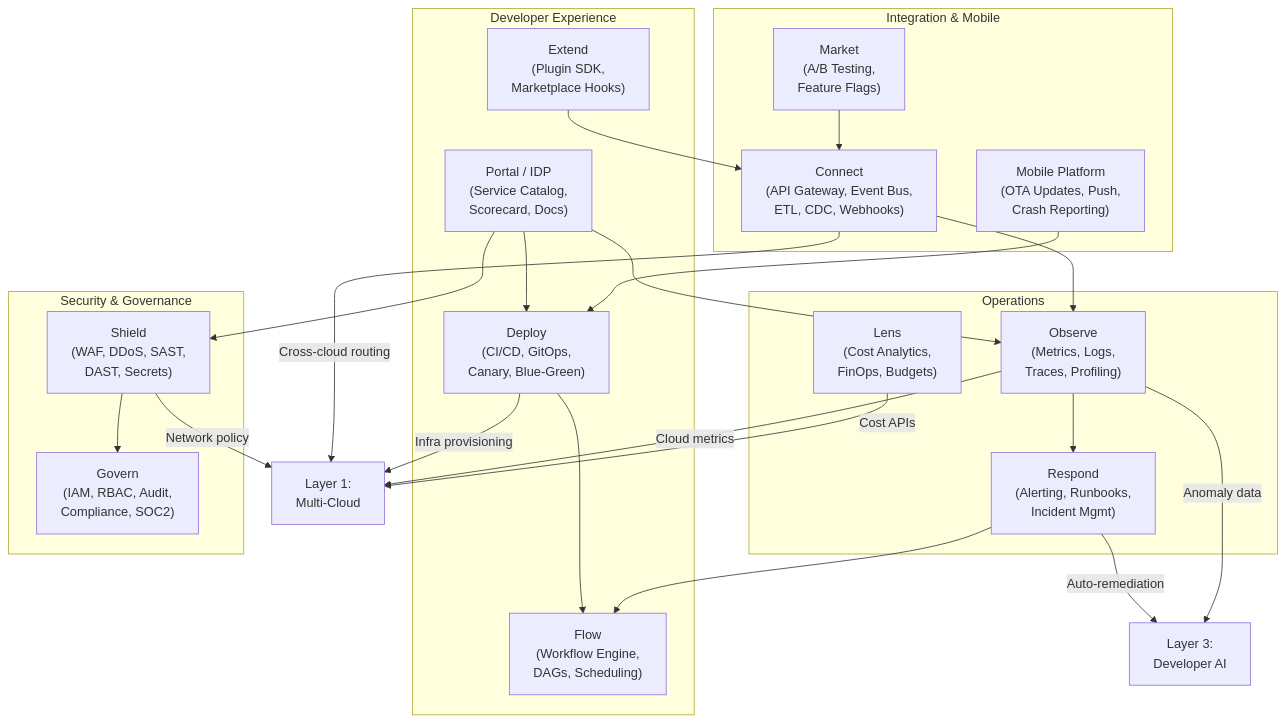
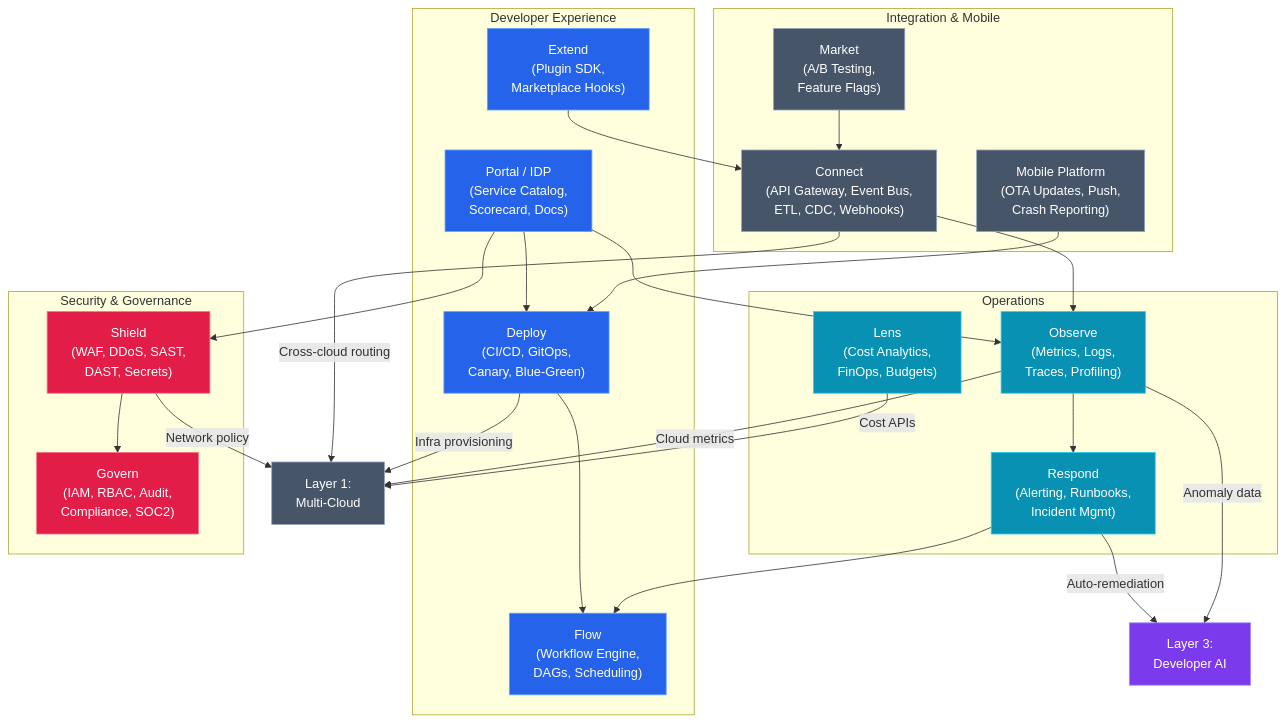
The fifth of 8 diagrams in docs/architecture/five-layers.md (bcraavi/godseye), drawn with Mermaid before and after one commit. The commit also changed other lines of this file and 1 other file, not shown here.

First line of the commit message:
Color-code architecture diagrams by layer

````diff
--- a/docs/architecture/five-layers.md
+++ b/docs/architecture/five-layers.md
@@ -257,48 +310,61 @@
 ```mermaid
 flowchart TB
     subgraph DevEx["Developer Experience"]
         Portal["Portal / IDP\n(Service Catalog,\nScorecard, Docs)"]
         Deploy["Deploy\n(CI/CD, GitOps,\nCanary, Blue-Green)"]
         Flow["Flow\n(Workflow Engine,\nDAGs, Scheduling)"]
         Extend["Extend\n(Plugin SDK,\nMarketplace Hooks)"]
     end
 
     subgraph Ops["Operations"]
         Observe["Observe\n(Metrics, Logs,\nTraces, Profiling)"]
         Respond["Respond\n(Alerting, Runbooks,\nIncident Mgmt)"]
         Lens["Lens\n(Cost Analytics,\nFinOps, Budgets)"]
     end
 
     subgraph Security["Security & Governance"]
         Shield["Shield\n(WAF, DDoS, SAST,\nDAST, Secrets)"]
         Govern["Govern\n(IAM, RBAC, Audit,\nCompliance, SOC2)"]
     end
 
     subgraph Integration["Integration & Mobile"]
         Connect["Connect\n(API Gateway, Event Bus,\nETL, CDC, Webhooks)"]
         MobilePlat["Mobile Platform\n(OTA Updates, Push,\nCrash Reporting)"]
         Market["Market\n(A/B Testing,\nFeature Flags)"]
     end
 
     Portal --> Deploy
     Portal --> Observe
     Portal --> Shield
     Deploy --> Flow
     Observe --> Respond
     Respond --> Flow
 
     Shield --> Govern
     Connect --> Observe
     MobilePlat --> Deploy
     Market --> Connect
     Extend --> Connect
 
     Deploy -- "Infra provisioning" --> L1["Layer 1:\nMulti-Cloud"]
     Shield -- "Network policy" --> L1
     Connect -- "Cross-cloud routing" --> L1
     Observe -- "Cloud metrics" --> L1
     Lens -- "Cost APIs" --> L1
 
     Respond -- "Auto-remediation" --> L3_DevAI["Layer 3:\nDeveloper AI"]
     Observe -- "Anomaly data" --> L3_DevAI
+
+    classDef blue fill:#2563eb,stroke:#60a5fa,color:#fff
+    classDef cyan fill:#0891b2,stroke:#22d3ee,color:#fff
+    classDef rose fill:#e11d48,stroke:#fb7185,color:#fff
+    classDef slate fill:#475569,stroke:#94a3b8,color:#fff
+    classDef purple fill:#7c3aed,stroke:#a78bfa,color:#fff
+
+    class Portal,Deploy,Flow,Extend blue
+    class Observe,Respond,Lens cyan
+    class Shield,Govern rose
+    class Connect,MobilePlat,Market slate
+    class L1 slate
+    class L3_DevAI purple
 ```
````
